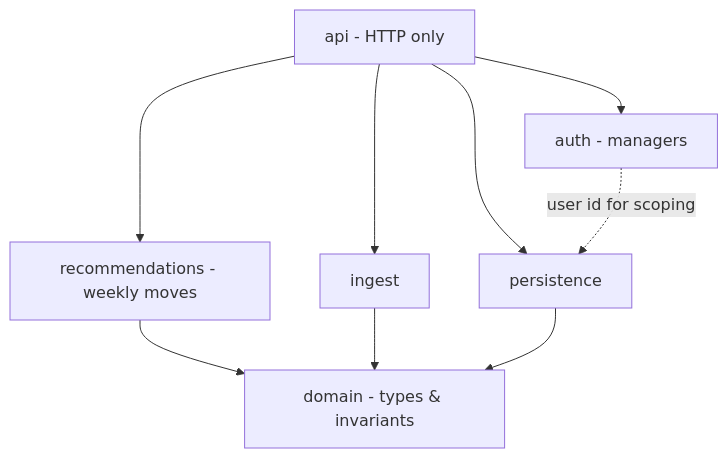
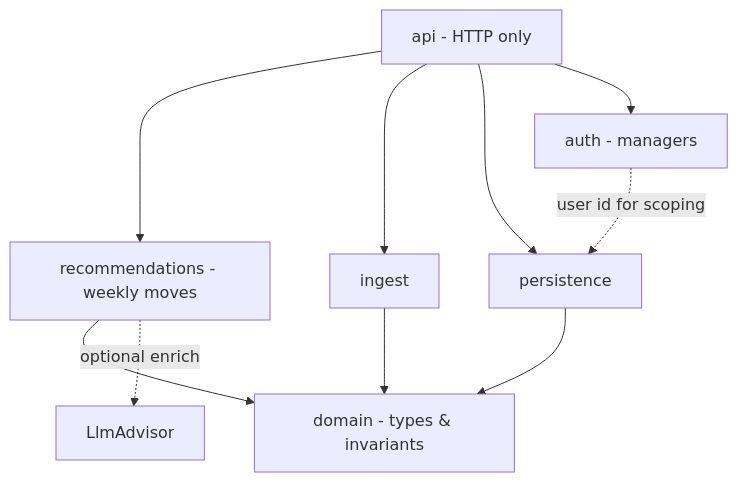
The first of 4 diagrams in plans/sidd-finch-moves.md (sergehb-git/siddfinch), drawn with Mermaid before and after one commit. The commit also changed other lines of this file, not shown here.

````diff
--- a/plans/sidd-finch-moves.md
+++ b/plans/sidd-finch-moves.md
@@ -90,18 +105,19 @@
 ```mermaid
 flowchart TB
   API[api - HTTP only]
   REC[recommendations - weekly moves]
   DOM[domain - types & invariants]
   ING[ingest]
   PER[persistence]
   AUTH[auth - managers]
 
   API --> REC
   API --> ING
   API --> PER
   API --> AUTH
   REC --> DOM
   ING --> DOM
   PER --> DOM
   AUTH -.->|user id for scoping| PER
+  REC -.->|optional enrich| LLM[LlmAdvisor]
 ```
````
